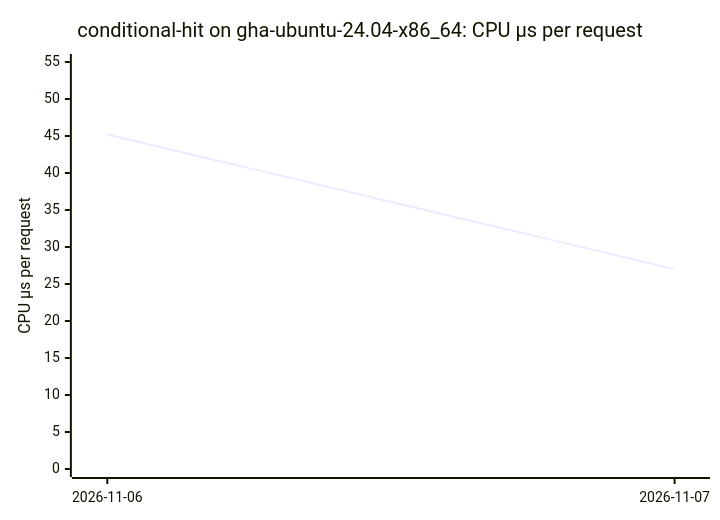
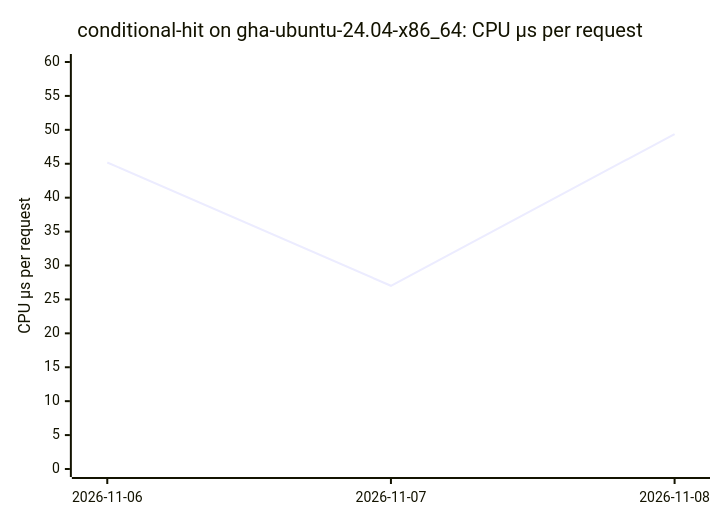
The seventh of 16 diagrams in BENCHMARKS.md (ThePixelPilgrim/durchlauferhitzer), drawn with Mermaid before and after one commit. The commit also changed other lines of this file and 1 other file, not shown here.

````diff
--- a/BENCHMARKS.md
+++ b/BENCHMARKS.md
@@ -85,7 +85,7 @@
 ```mermaid
 xychart-beta
   title "conditional-hit on gha-ubuntu-24.04-x86_64: CPU µs per request"
-  x-axis ["2026-11-06", "2026-11-07"]
-  y-axis "CPU µs per request" 0 --> 55
-  line [45.19, 27.01]
+  x-axis ["2026-11-06", "2026-11-07", "2026-11-08"]
+  y-axis "CPU µs per request" 0 --> 60
+  line [45.19, 27.01, 49.38]
 ```
````
